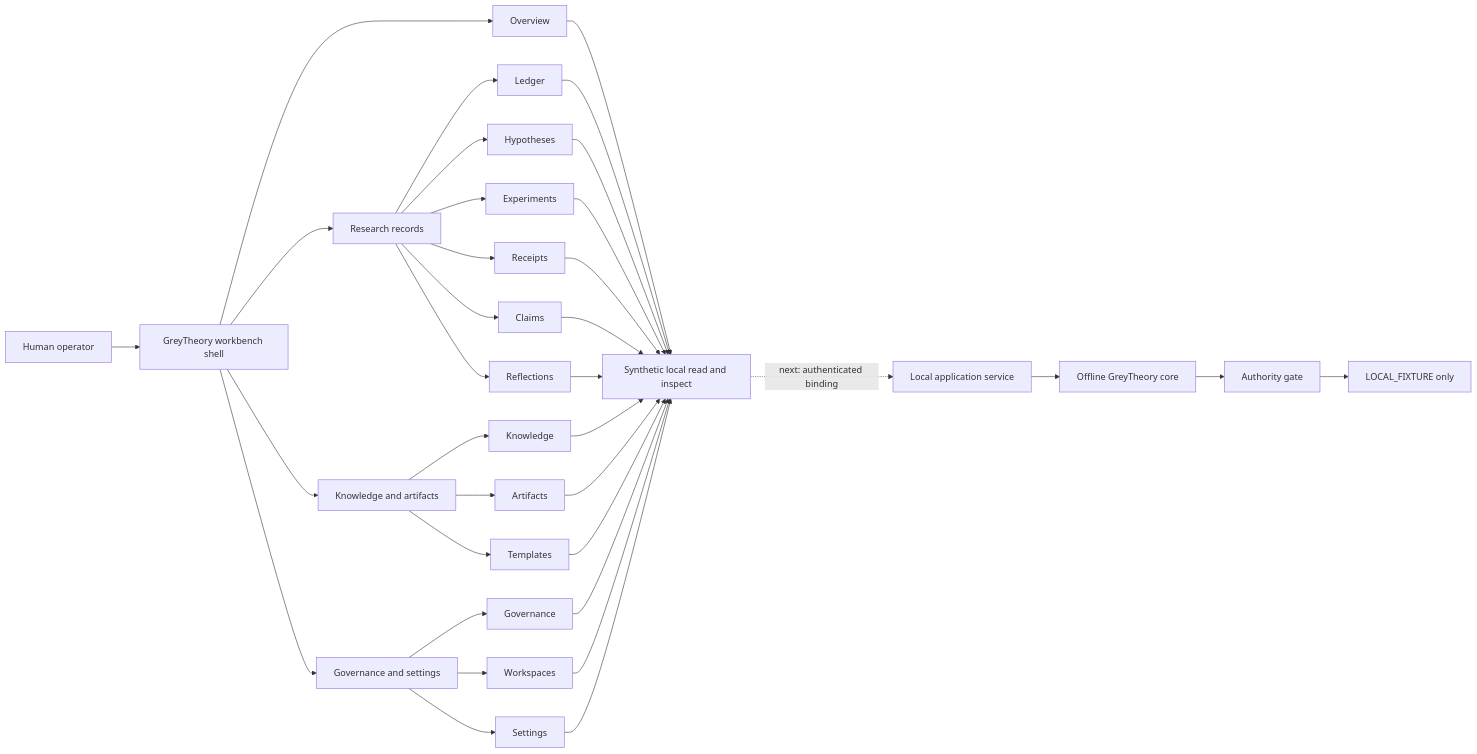
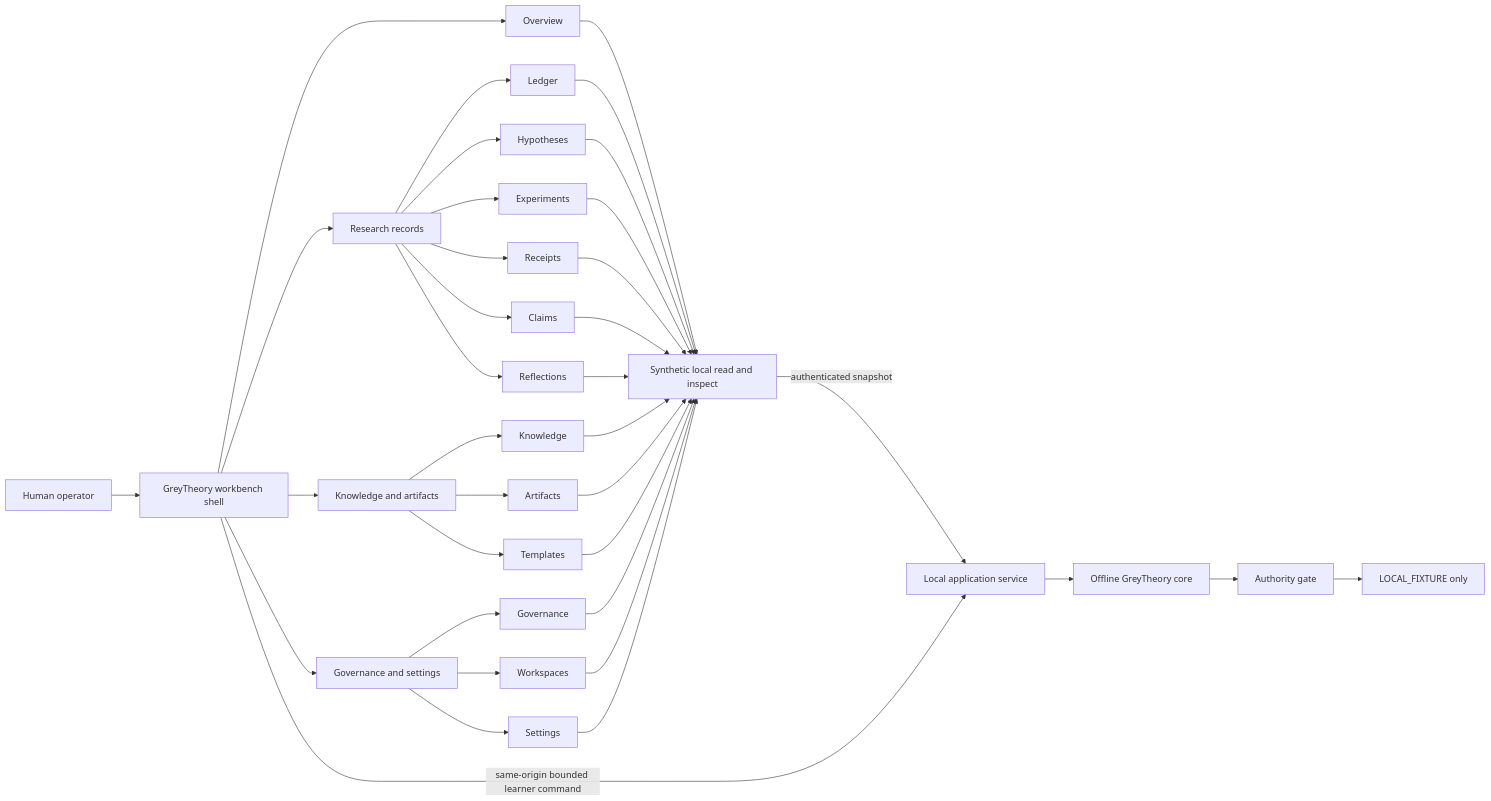
The second of 2 diagrams in Docs/workbench-architecture.md (chasedndt/GreyTheory-Research), drawn with Mermaid before and after one commit. The commit also changed other lines of this file and 37 other files, not shown here.

````diff
--- a/Docs/workbench-architecture.md
+++ b/Docs/workbench-architecture.md
@@ -87,42 +89,43 @@
 ```mermaid
 flowchart LR
     OP["Human operator"] --> SHELL["GreyTheory workbench shell"]
     SHELL --> OVERVIEW["Overview"]
     SHELL --> RESEARCH["Research records"]
     SHELL --> KNOWLEDGE["Knowledge and artifacts"]
     SHELL --> GOVERNANCE["Governance and settings"]
 
     RESEARCH --> LEDGER["Ledger"]
     RESEARCH --> HYP["Hypotheses"]
     RESEARCH --> EXP["Experiments"]
     RESEARCH --> RECEIPTS["Receipts"]
     RESEARCH --> CLAIMS["Claims"]
     RESEARCH --> REFLECTIONS["Reflections"]
 
     KNOWLEDGE --> CARDS["Knowledge"]
     KNOWLEDGE --> ARTIFACTS["Artifacts"]
     KNOWLEDGE --> TEMPLATES["Templates"]
 
     GOVERNANCE --> POLICY["Governance"]
     GOVERNANCE --> WORKSPACES["Workspaces"]
     GOVERNANCE --> SETTINGS["Settings"]
 
     OVERVIEW --> READ["Synthetic local read and inspect"]
     LEDGER --> READ
     HYP --> READ
     EXP --> READ
     RECEIPTS --> READ
     CLAIMS --> READ
     REFLECTIONS --> READ
     CARDS --> READ
     ARTIFACTS --> READ
     TEMPLATES --> READ
     POLICY --> READ
     WORKSPACES --> READ
     SETTINGS --> READ
 
-    READ -. "next: authenticated binding" .-> APP["Local application service"]
+    READ -->|"authenticated snapshot"| APP["Local application service"]
+    SHELL -->|"same-origin bounded learner command"| APP
     APP --> CORE["Offline GreyTheory core"]
     CORE --> GATE["Authority gate"]
     GATE --> FIXTURE["LOCAL_FIXTURE only"]
 ```
````
